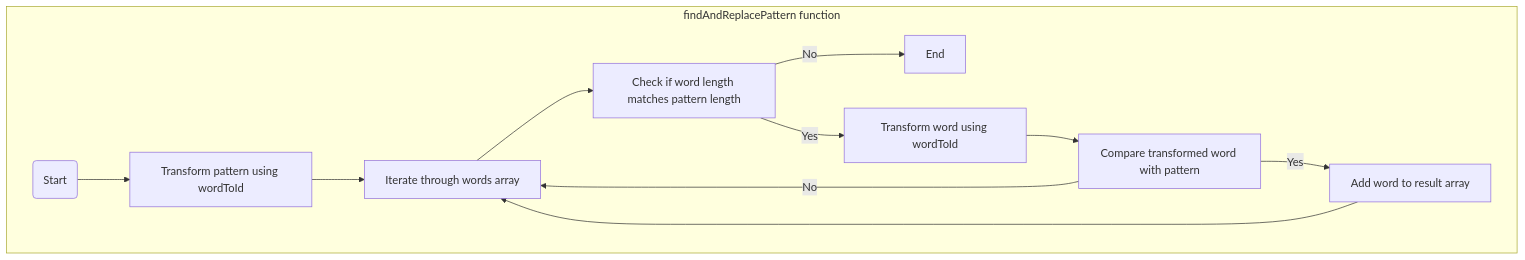
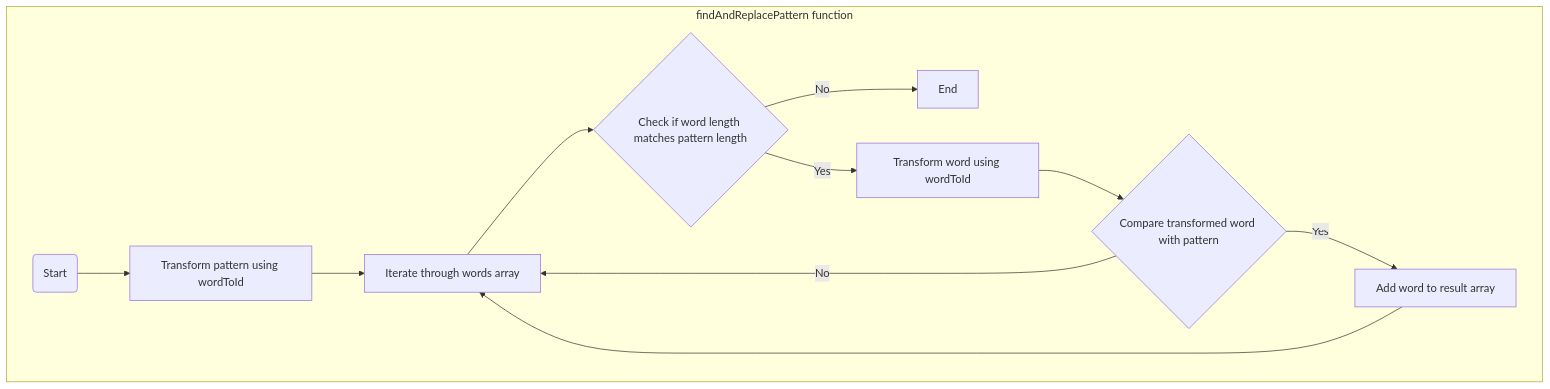
The diagram in clqthrbqo000008l734ixbkac.md (lyluongthien/thediligentengineer.com-backup), drawn with Mermaid before and after one commit.

Commit message:
update post: Write a find-and-replace-pattern LeetCode solution that beats 100.00% of users with TypeScript [54ms]

````diff
--- a/clqthrbqo000008l734ixbkac.md
+++ b/clqthrbqo000008l734ixbkac.md
@@ -41,15 +41,15 @@
 ```mermaid
 graph TD
 subgraph "findAndReplacePattern function"
-Start("Start") --> Transform["Transform pattern using wordToId"]
-Transform --> Iterate["Iterate through words array"]
-Iterate --> CheckLength["Check if word length matches pattern length"]
-CheckLength -- No --> End["End"]
-CheckLength -- Yes --> Transform2["Transform word using wordToId"]
-Transform2 --> Compare["Compare transformed word with pattern"]
-Compare -- No --> Iterate
-Compare -- Yes --> AddToResult["Add word to result array"]
-AddToResult --> Iterate
+    Start("Start") --> Transform["Transform pattern using wordToId"]
+    Transform --> Iterate["Iterate through words array"]
+    Iterate --> CheckLength{"Check if word length matches pattern length"}
+    CheckLength -- No --> End("End")
+    CheckLength -- Yes --> Transform2["Transform word using wordToId"]
+    Transform2 --> Compare{"Compare transformed word with pattern"}
+    Compare -- No --> Iterate
+    Compare -- Yes --> AddToResult["Add word to result array"]
+    AddToResult --> Iterate
 End[End]
 end
 ```
````
